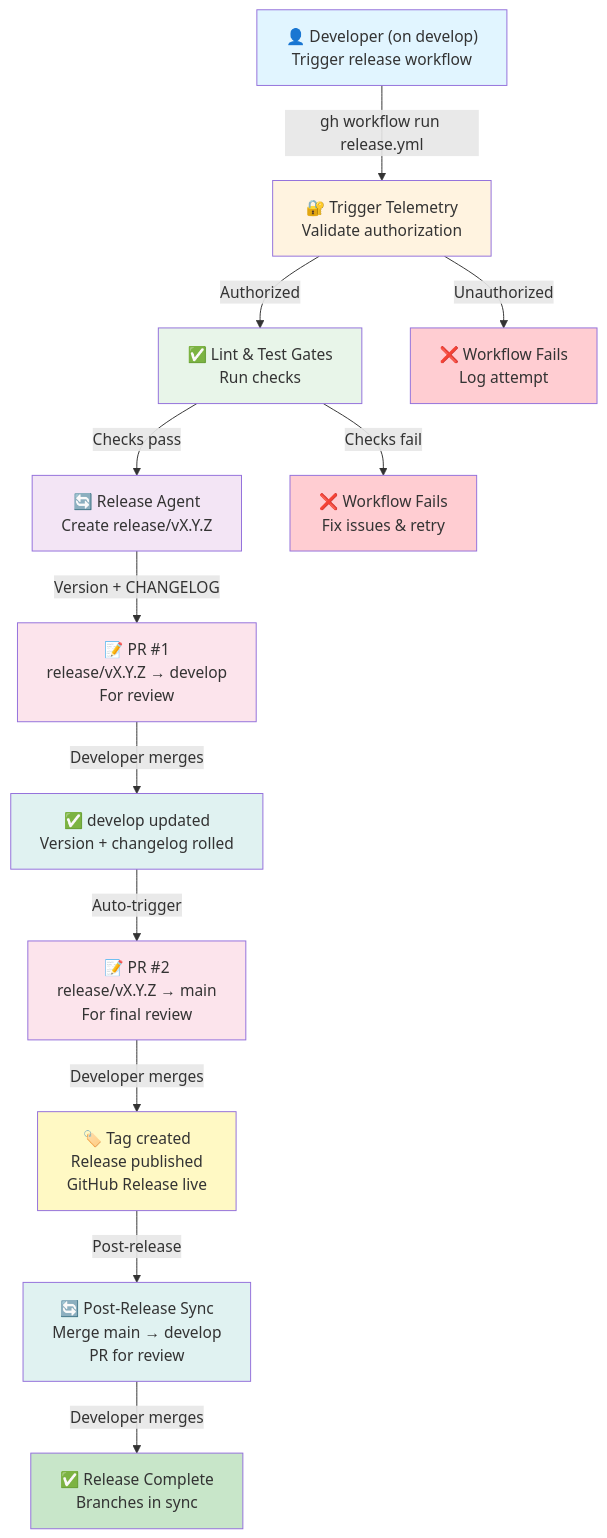
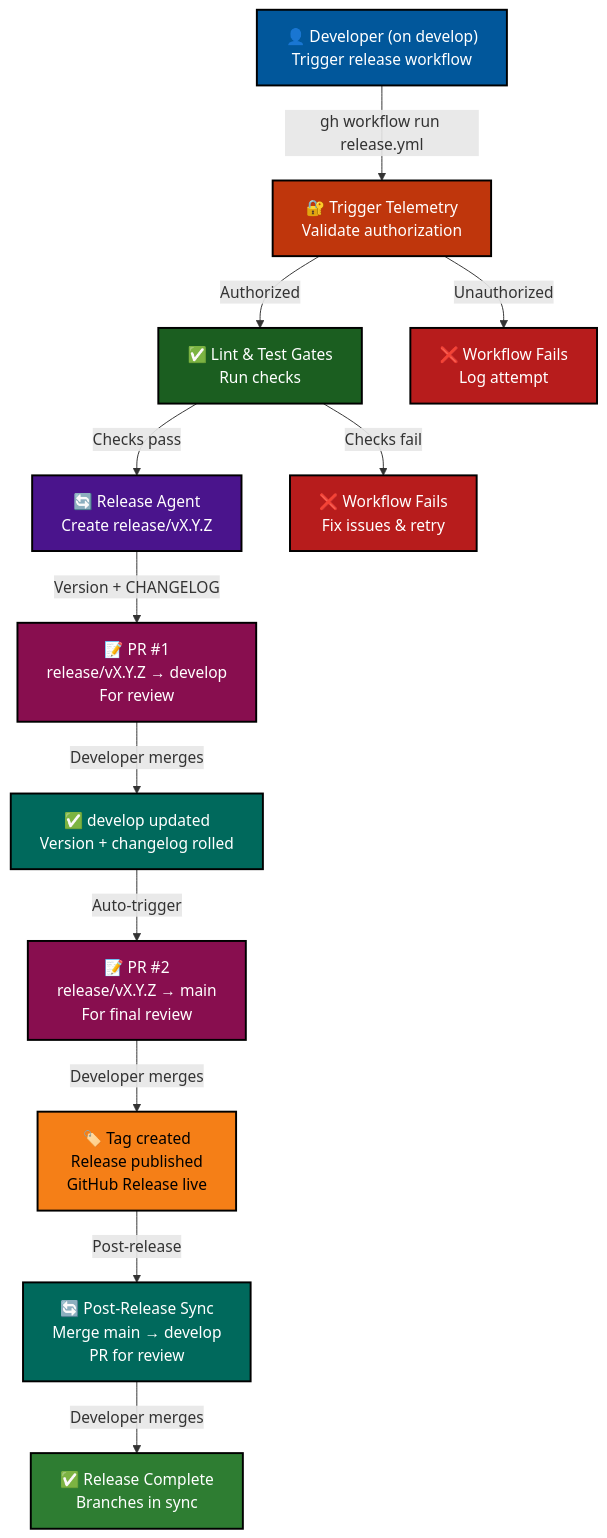
The first of 4 diagrams in docs/RELEASE_PROCESS.md (lightspeedwp/.github), drawn with Mermaid before and after one commit. The commit also changed other lines of this file and 10 other files, not shown here.

````diff
--- a/docs/RELEASE_PROCESS.md
+++ b/docs/RELEASE_PROCESS.md
@@ -49,27 +49,29 @@
 ```mermaid
-graph TD
+flowchart TD
+    accTitle: Release workflow full flow
+    accDescr: Developer triggers release, authorization checks, CI gates, version bump, stacked PRs to develop and main, tag and release, post-release sync
     A["👤 Developer (on develop)<br/>Trigger release workflow"] -->|"gh workflow run release.yml"| B["🔐 Trigger Telemetry<br/>Validate authorization"]
     B -->|Authorized| C["✅ Lint & Test Gates<br/>Run checks"]
     B -->|Unauthorized| Z1["❌ Workflow Fails<br/>Log attempt"]
     C -->|Checks pass| D["🔄 Release Agent<br/>Create release/vX.Y.Z"]
     C -->|Checks fail| Z2["❌ Workflow Fails<br/>Fix issues & retry"]
     D -->|"Version + CHANGELOG"| E["📝 PR #1<br/>release/vX.Y.Z → develop<br/>For review"]
     E -->|Developer merges| F["✅ develop updated<br/>Version + changelog rolled"]
     F -->|Auto-trigger| G["📝 PR #2<br/>release/vX.Y.Z → main<br/>For final review"]
     G -->|Developer merges| H["🏷️ Tag created<br/>Release published<br/>GitHub Release live"]
     H -->|Post-release| I["🔄 Post-Release Sync<br/>Merge main → develop<br/>PR for review"]
     I -->|Developer merges| J["✅ Release Complete<br/>Branches in sync"]
     
-    style A fill:#e1f5ff
-    style B fill:#fff3e0
-    style C fill:#e8f5e9
-    style D fill:#f3e5f5
-    style E fill:#fce4ec
-    style F fill:#e0f2f1
-    style G fill:#fce4ec
-    style H fill:#fff9c4
-    style I fill:#e0f2f1
-    style J fill:#c8e6c9
-    style Z1 fill:#ffcdd2
-    style Z2 fill:#ffcdd2
+    style A fill:#01579b,color:#fff,stroke:#000,stroke-width:2px
+    style B fill:#bf360c,color:#fff,stroke:#000,stroke-width:2px
+    style C fill:#1b5e20,color:#fff,stroke:#000,stroke-width:2px
+    style D fill:#4a148c,color:#fff,stroke:#000,stroke-width:2px
+    style E fill:#880e4f,color:#fff,stroke:#000,stroke-width:2px
+    style F fill:#00695c,color:#fff,stroke:#000,stroke-width:2px
+    style G fill:#880e4f,color:#fff,stroke:#000,stroke-width:2px
+    style H fill:#f57f17,color:#000,stroke:#000,stroke-width:2px
+    style I fill:#00695c,color:#fff,stroke:#000,stroke-width:2px
+    style J fill:#2e7d32,color:#fff,stroke:#000,stroke-width:2px
+    style Z1 fill:#b71c1c,color:#fff,stroke:#000,stroke-width:2px
+    style Z2 fill:#b71c1c,color:#fff,stroke:#000,stroke-width:2px
 ```
````
